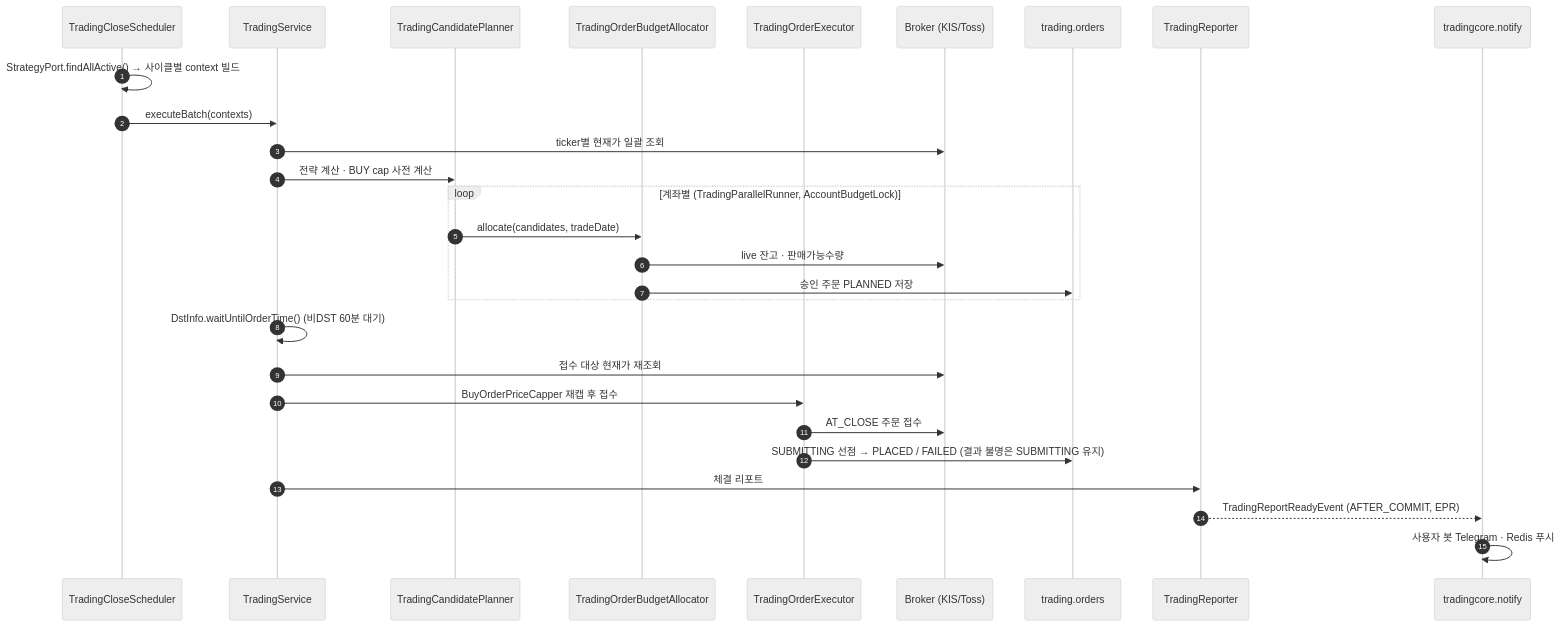
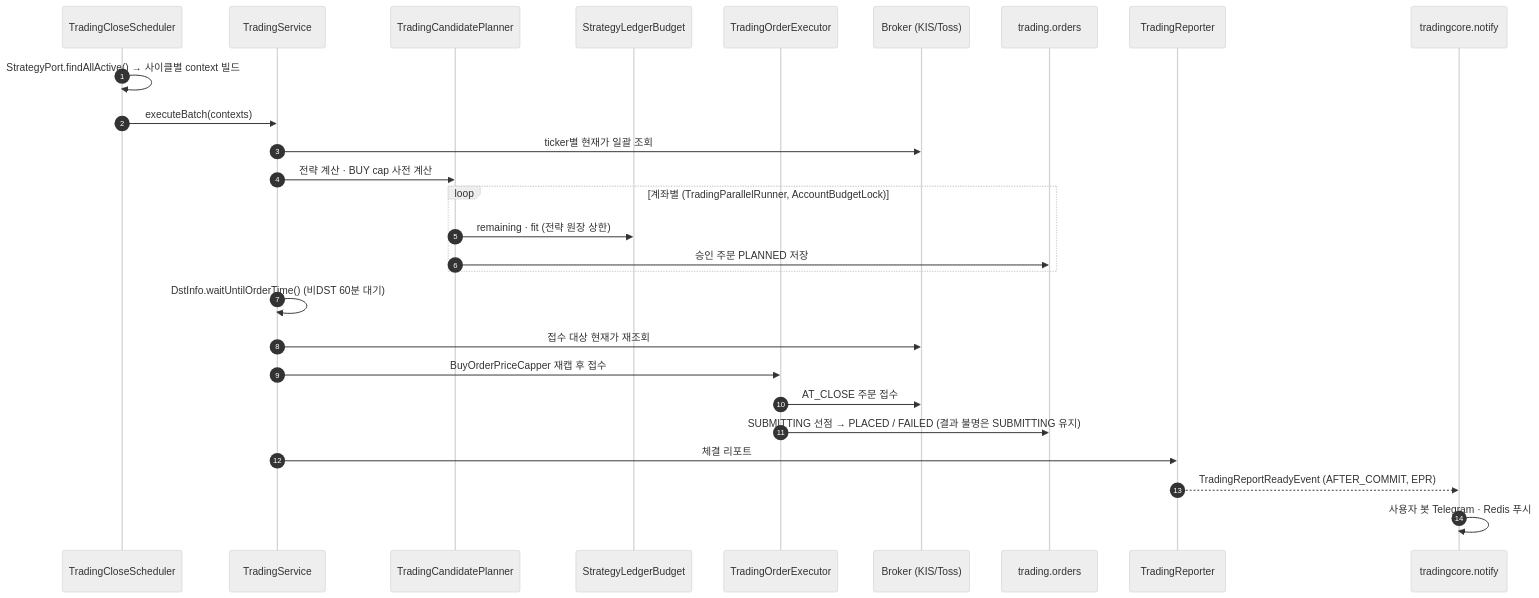
One commit to narafu/kista-api changed the sixth of 6 diagrams in docs/architecture-map.md. Above: the diagram before and after it, drawn with Mermaid (neutral theme). The commit also changed 12 other files, not shown here.

````diff
--- a/docs/architecture-map.md
+++ b/docs/architecture-map.md
@@ -254,31 +254,30 @@
 ```mermaid
 sequenceDiagram
     autonumber
     participant S as TradingCloseScheduler
     participant Svc as TradingService
     participant Plan as TradingCandidatePlanner
-    participant Alloc as TradingOrderBudgetAllocator
+    participant Led as StrategyLedgerBudget
     participant Exec as TradingOrderExecutor
     participant B as Broker (KIS/Toss)
     participant DB as trading.orders
     participant R as TradingReporter
     participant N as tradingcore.notify
 
     S->>S: StrategyPort.findAllActive() → 사이클별 context 빌드
     S->>Svc: executeBatch(contexts)
     Svc->>B: ticker별 현재가 일괄 조회
     Svc->>Plan: 전략 계산 · BUY cap 사전 계산
     loop 계좌별 (TradingParallelRunner, AccountBudgetLock)
-        Plan->>Alloc: allocate(candidates, tradeDate)
-        Alloc->>B: live 잔고 · 판매가능수량
-        Alloc->>DB: 승인 주문 PLANNED 저장
+        Plan->>Led: remaining · fit (전략 원장 상한)
+        Plan->>DB: 승인 주문 PLANNED 저장
     end
     Svc->>Svc: DstInfo.waitUntilOrderTime() (비DST 60분 대기)
     Svc->>B: 접수 대상 현재가 재조회
     Svc->>Exec: BuyOrderPriceCapper 재캡 후 접수
     Exec->>B: AT_CLOSE 주문 접수
     Exec->>DB: SUBMITTING 선점 → PLACED / FAILED (결과 불명은 SUBMITTING 유지)
     Svc->>R: 체결 리포트
     R-->>N: TradingReportReadyEvent (AFTER_COMMIT, EPR)
     N->>N: 사용자 봇 Telegram · Redis 푸시
 ```
````
